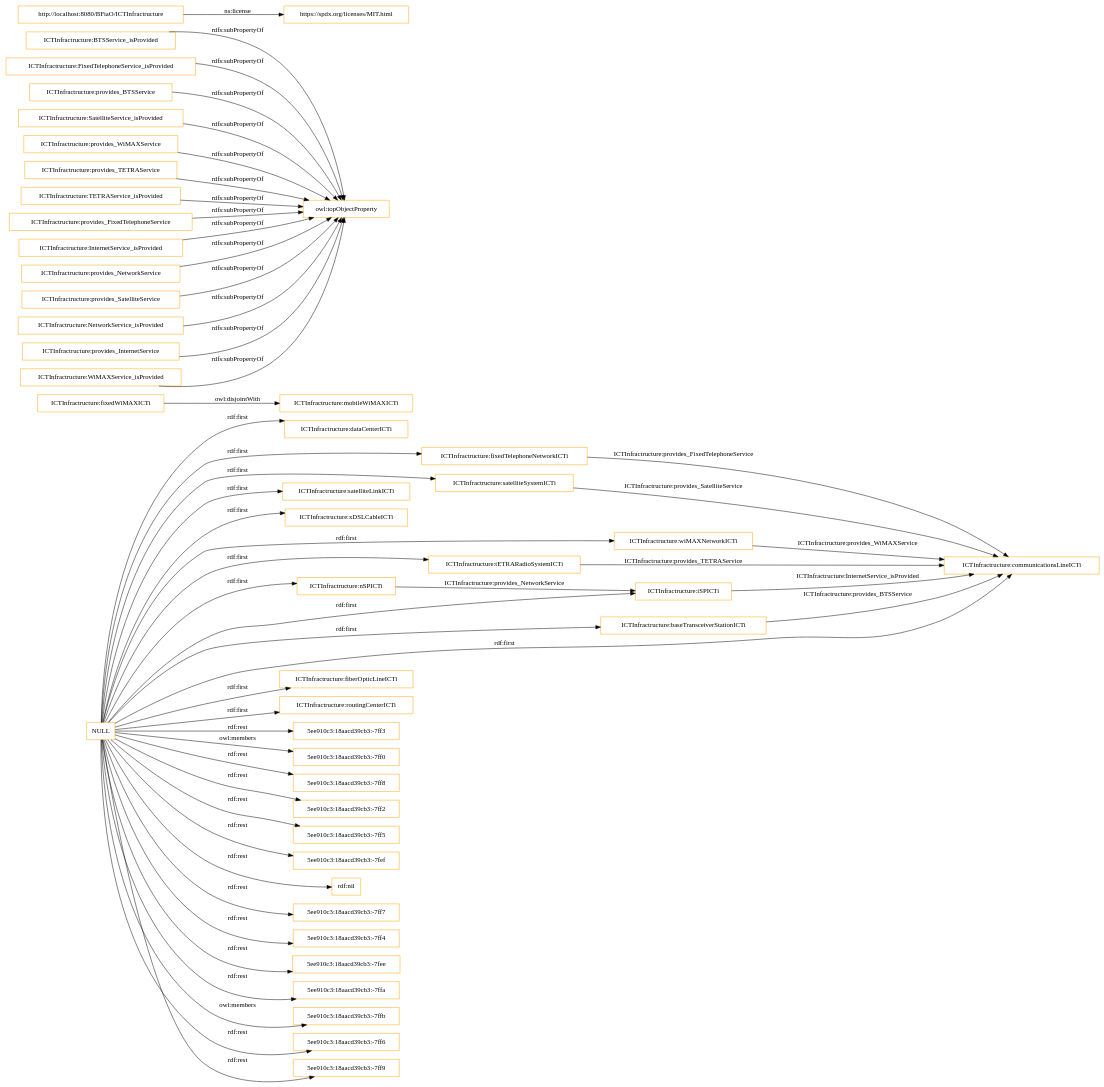
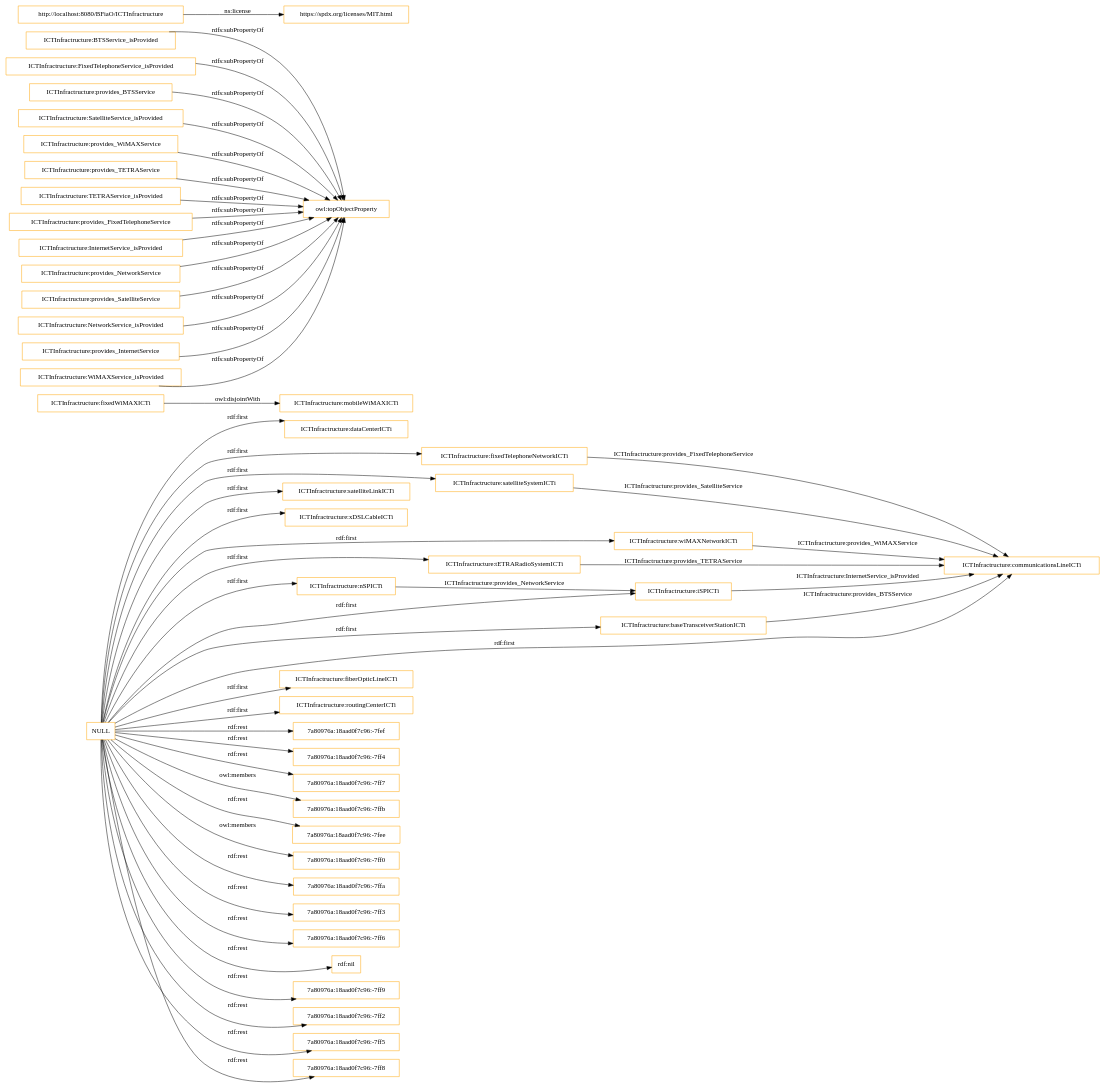
Before and after one commit to ahmad88me/bfiao: the diagram in OnToology/ICTInfrastructure.owl/diagrams/ar2dtool-class/ICTInfrastructure.owl.png.dot, drawn with Graphviz. The commit also changed 23 other files, not shown here.

```diff
--- a/OnToology/ICTInfrastructure.owl/diagrams/ar2dtool-class/ICTInfrastructure.owl.png.dot
+++ b/OnToology/ICTInfrastructure.owl/diagrams/ar2dtool-class/ICTInfrastructure.owl.png.dot
@@ -1,56 +1,56 @@
 digraph ar2dtool_diagram { 
 rankdir=LR;
 size="1501"
 node [shape = rectangle, color="orange"]; "ICTInfractructure:dataCenterICTi" "ICTInfractructure:fixedTelephoneNetworkICTi" "ICTInfractructure:fixedWiMAXICTi" "ICTInfractructure:satelliteSystemICTi" "ICTInfractructure:mobileWiMAXICTi" "ICTInfractructure:satelliteLinkICTi" "ICTInfractructure:xDSLCableICTi" "ICTInfractructure:wiMAXNetworkICTi" "ICTInfractructure:iSPICTi" "ICTInfractructure:tETRARadioSystemICTi" "ICTInfractructure:baseTransceiverStationICTi" "ICTInfractructure:communicationsLineICTi" "ICTInfractructure:nSPICTi" "ICTInfractructure:fiberOpticLineICTi" "ICTInfractructure:routingCenterICTi" ; /*classes style*/
 	"ICTInfractructure:BTSService_isProvided" -> "owl:topObjectProperty" [ label = "rdfs:subPropertyOf" ];
 	"ICTInfractructure:FixedTelephoneService_isProvided" -> "owl:topObjectProperty" [ label = "rdfs:subPropertyOf" ];
 	"ICTInfractructure:provides_BTSService" -> "owl:topObjectProperty" [ label = "rdfs:subPropertyOf" ];
 	"ICTInfractructure:fixedWiMAXICTi" -> "ICTInfractructure:mobileWiMAXICTi" [ label = "owl:disjointWith" ];
 	"ICTInfractructure:SatelliteService_isProvided" -> "owl:topObjectProperty" [ label = "rdfs:subPropertyOf" ];
 	"ICTInfractructure:provides_WiMAXService" -> "owl:topObjectProperty" [ label = "rdfs:subPropertyOf" ];
 	"ICTInfractructure:provides_TETRAService" -> "owl:topObjectProperty" [ label = "rdfs:subPropertyOf" ];
 	"ICTInfractructure:TETRAService_isProvided" -> "owl:topObjectProperty" [ label = "rdfs:subPropertyOf" ];
 	"http://localhost:8080/BFiaO/ICTInfractructure" -> "https://spdx.org/licenses/MIT.html" [ label = "ns:license" ];
 	"ICTInfractructure:provides_FixedTelephoneService" -> "owl:topObjectProperty" [ label = "rdfs:subPropertyOf" ];
 	"ICTInfractructure:InternetService_isProvided" -> "owl:topObjectProperty" [ label = "rdfs:subPropertyOf" ];
 	"ICTInfractructure:provides_NetworkService" -> "owl:topObjectProperty" [ label = "rdfs:subPropertyOf" ];
 	"ICTInfractructure:provides_SatelliteService" -> "owl:topObjectProperty" [ label = "rdfs:subPropertyOf" ];
 	"ICTInfractructure:NetworkService_isProvided" -> "owl:topObjectProperty" [ label = "rdfs:subPropertyOf" ];
 	"ICTInfractructure:provides_InternetService" -> "owl:topObjectProperty" [ label = "rdfs:subPropertyOf" ];
-	"NULL" -> "5ee910c3:18aacd39cb3:-7ff3" [ label = "rdf:rest" ];
+	"NULL" -> "7a80976a:18aad0f7c96:-7fef" [ label = "rdf:rest" ];
+	"NULL" -> "7a80976a:18aad0f7c96:-7ff4" [ label = "rdf:rest" ];
 	"NULL" -> "ICTInfractructure:xDSLCableICTi" [ label = "rdf:first" ];
+	"NULL" -> "7a80976a:18aad0f7c96:-7ff7" [ label = "rdf:rest" ];
 	"NULL" -> "ICTInfractructure:dataCenterICTi" [ label = "rdf:first" ];
 	"NULL" -> "ICTInfractructure:routingCenterICTi" [ label = "rdf:first" ];
-	"NULL" -> "5ee910c3:18aacd39cb3:-7ff0" [ label = "owl:members" ];
-	"NULL" -> "5ee910c3:18aacd39cb3:-7ff8" [ label = "rdf:rest" ];
+	"NULL" -> "7a80976a:18aad0f7c96:-7ffb" [ label = "owl:members" ];
+	"NULL" -> "7a80976a:18aad0f7c96:-7fee" [ label = "rdf:rest" ];
 	"NULL" -> "ICTInfractructure:satelliteLinkICTi" [ label = "rdf:first" ];
-	"NULL" -> "5ee910c3:18aacd39cb3:-7ff2" [ label = "rdf:rest" ];
-	"NULL" -> "5ee910c3:18aacd39cb3:-7ff5" [ label = "rdf:rest" ];
 	"NULL" -> "ICTInfractructure:fixedTelephoneNetworkICTi" [ label = "rdf:first" ];
 	"NULL" -> "ICTInfractructure:wiMAXNetworkICTi" [ label = "rdf:first" ];
-	"NULL" -> "5ee910c3:18aacd39cb3:-7fef" [ label = "rdf:rest" ];
 	"NULL" -> "ICTInfractructure:nSPICTi" [ label = "rdf:first" ];
+	"NULL" -> "7a80976a:18aad0f7c96:-7ff0" [ label = "owl:members" ];
+	"NULL" -> "7a80976a:18aad0f7c96:-7ffa" [ label = "rdf:rest" ];
 	"NULL" -> "ICTInfractructure:tETRARadioSystemICTi" [ label = "rdf:first" ];
+	"NULL" -> "7a80976a:18aad0f7c96:-7ff3" [ label = "rdf:rest" ];
+	"NULL" -> "7a80976a:18aad0f7c96:-7ff6" [ label = "rdf:rest" ];
 	"NULL" -> "ICTInfractructure:communicationsLineICTi" [ label = "rdf:first" ];
 	"NULL" -> "rdf:nil" [ label = "rdf:rest" ];
-	"NULL" -> "5ee910c3:18aacd39cb3:-7ff7" [ label = "rdf:rest" ];
-	"NULL" -> "5ee910c3:18aacd39cb3:-7ff4" [ label = "rdf:rest" ];
+	"NULL" -> "7a80976a:18aad0f7c96:-7ff9" [ label = "rdf:rest" ];
 	"NULL" -> "ICTInfractructure:baseTransceiverStationICTi" [ label = "rdf:first" ];
 	"NULL" -> "ICTInfractructure:satelliteSystemICTi" [ label = "rdf:first" ];
-	"NULL" -> "5ee910c3:18aacd39cb3:-7fee" [ label = "rdf:rest" ];
-	"NULL" -> "5ee910c3:18aacd39cb3:-7ffa" [ label = "rdf:rest" ];
+	"NULL" -> "7a80976a:18aad0f7c96:-7ff2" [ label = "rdf:rest" ];
+	"NULL" -> "7a80976a:18aad0f7c96:-7ff5" [ label = "rdf:rest" ];
 	"NULL" -> "ICTInfractructure:iSPICTi" [ label = "rdf:first" ];
 	"NULL" -> "ICTInfractructure:fiberOpticLineICTi" [ label = "rdf:first" ];
-	"NULL" -> "5ee910c3:18aacd39cb3:-7ffb" [ label = "owl:members" ];
-	"NULL" -> "5ee910c3:18aacd39cb3:-7ff6" [ label = "rdf:rest" ];
-	"NULL" -> "5ee910c3:18aacd39cb3:-7ff9" [ label = "rdf:rest" ];
+	"NULL" -> "7a80976a:18aad0f7c96:-7ff8" [ label = "rdf:rest" ];
 	"ICTInfractructure:WiMAXService_isProvided" -> "owl:topObjectProperty" [ label = "rdfs:subPropertyOf" ];
 	"ICTInfractructure:fixedTelephoneNetworkICTi" -> "ICTInfractructure:communicationsLineICTi" [ label = "ICTInfractructure:provides_FixedTelephoneService" ];
 	"ICTInfractructure:wiMAXNetworkICTi" -> "ICTInfractructure:communicationsLineICTi" [ label = "ICTInfractructure:provides_WiMAXService" ];
 	"ICTInfractructure:satelliteSystemICTi" -> "ICTInfractructure:communicationsLineICTi" [ label = "ICTInfractructure:provides_SatelliteService" ];
 	"ICTInfractructure:iSPICTi" -> "ICTInfractructure:communicationsLineICTi" [ label = "ICTInfractructure:InternetService_isProvided" ];
 	"ICTInfractructure:tETRARadioSystemICTi" -> "ICTInfractructure:communicationsLineICTi" [ label = "ICTInfractructure:provides_TETRAService" ];
 	"ICTInfractructure:nSPICTi" -> "ICTInfractructure:iSPICTi" [ label = "ICTInfractructure:provides_NetworkService" ];
 	"ICTInfractructure:baseTransceiverStationICTi" -> "ICTInfractructure:communicationsLineICTi" [ label = "ICTInfractructure:provides_BTSService" ];
 
 }
```
